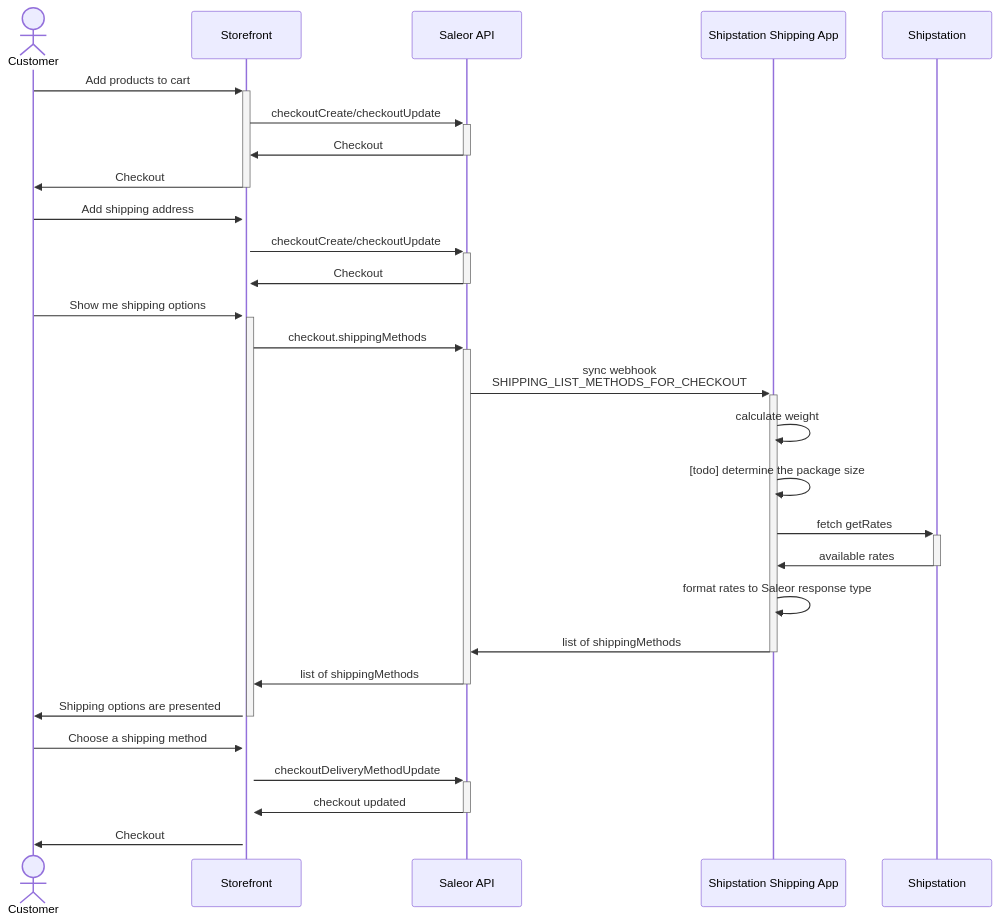
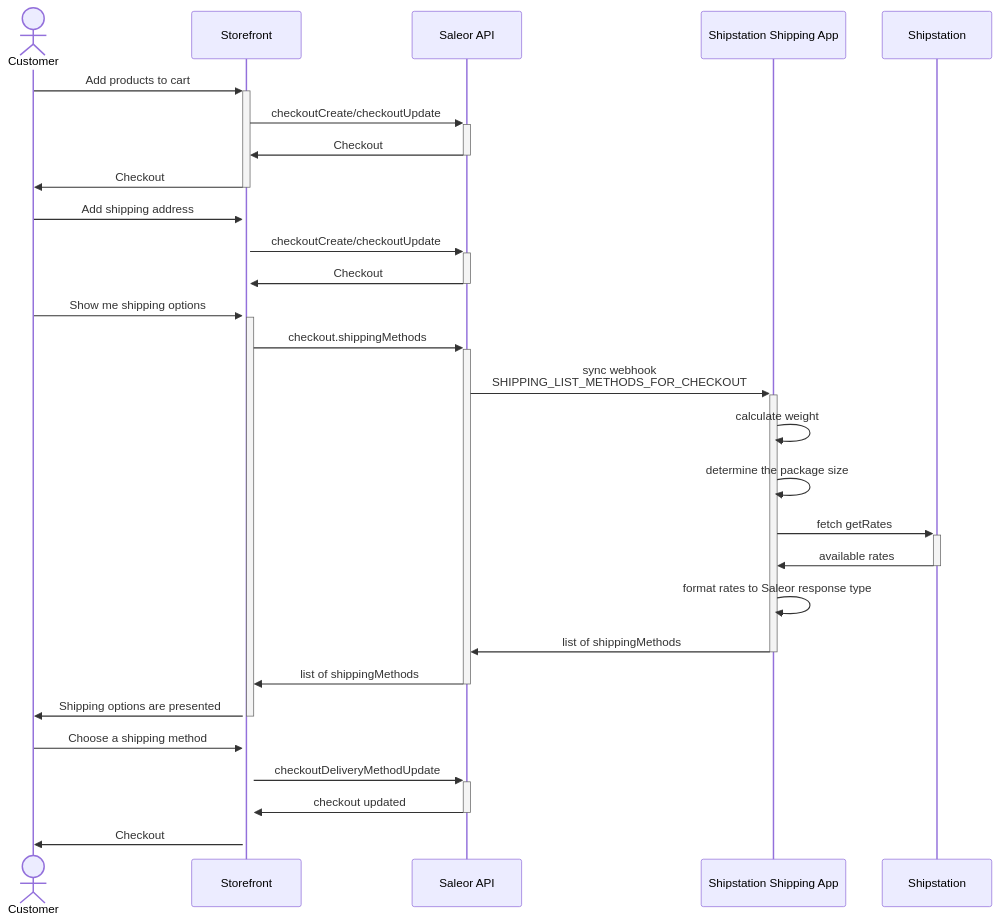
One commit to saleor/saleor-app-shipping-shipstation changed the diagram in README.md. Above: the diagram before and after it, drawn with Mermaid. The commit also changed other lines of this file and 7 other files, not shown here.

Commit message:
Add logic for choosing the package size

````diff
--- a/README.md
+++ b/README.md
@@ -24,33 +24,33 @@
 ```mermaid
 sequenceDiagram
     Actor C as Customer
     participant SF as Storefront
     participant SALEOR as Saleor API
     participant SSA as Shipstation Shipping App
     participant SS as Shipstation
 
     C ->>+ SF: Add products to cart
     SF ->>+ SALEOR: checkoutCreate/checkoutUpdate
     SALEOR ->>- SF: Checkout
     SF ->>- C: Checkout
     C ->>+ SF: Add shipping address
     SF ->>+ SALEOR: checkoutCreate/checkoutUpdate
     SALEOR ->>- SF: Checkout
     C ->>+ SF: Show me shipping options
 
     SF ->>+ SALEOR: checkout.shippingMethods
     SALEOR ->>+ SSA: sync webhook <br> SHIPPING_LIST_METHODS_FOR_CHECKOUT
     SSA ->> SSA: calculate weight
-    SSA ->> SSA: [todo] determine the package size
+    SSA ->> SSA: determine the package size
     SSA ->>+ SS: fetch getRates
     SS ->>- SSA: available rates
     SSA ->> SSA: format rates to Saleor response type
     SSA ->>- SALEOR: list of shippingMethods
     SALEOR ->>- SF: list of shippingMethods
     SF ->>- C: Shipping options are presented
 
     C ->>+ SF: Choose a shipping method
     SF ->>+ SALEOR: checkoutDeliveryMethodUpdate
     SALEOR ->>- SF: checkout updated
     SF ->> C: Checkout
 ```
````
